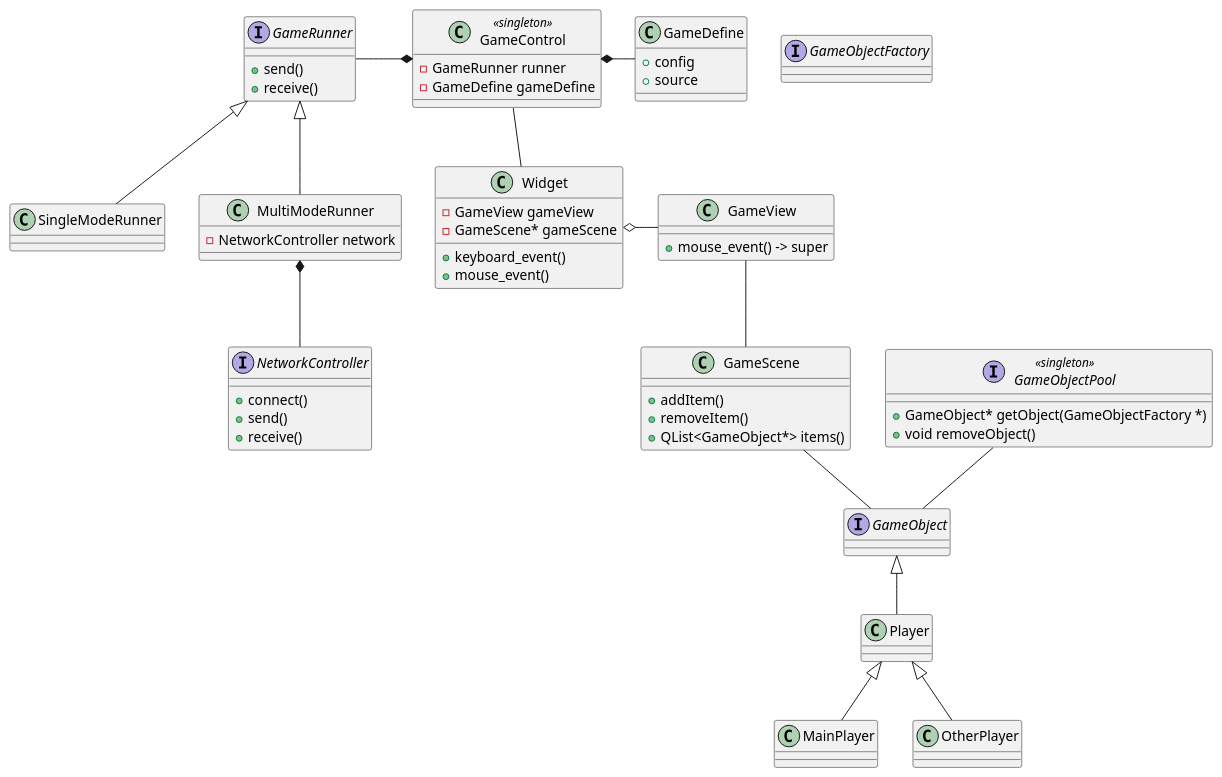
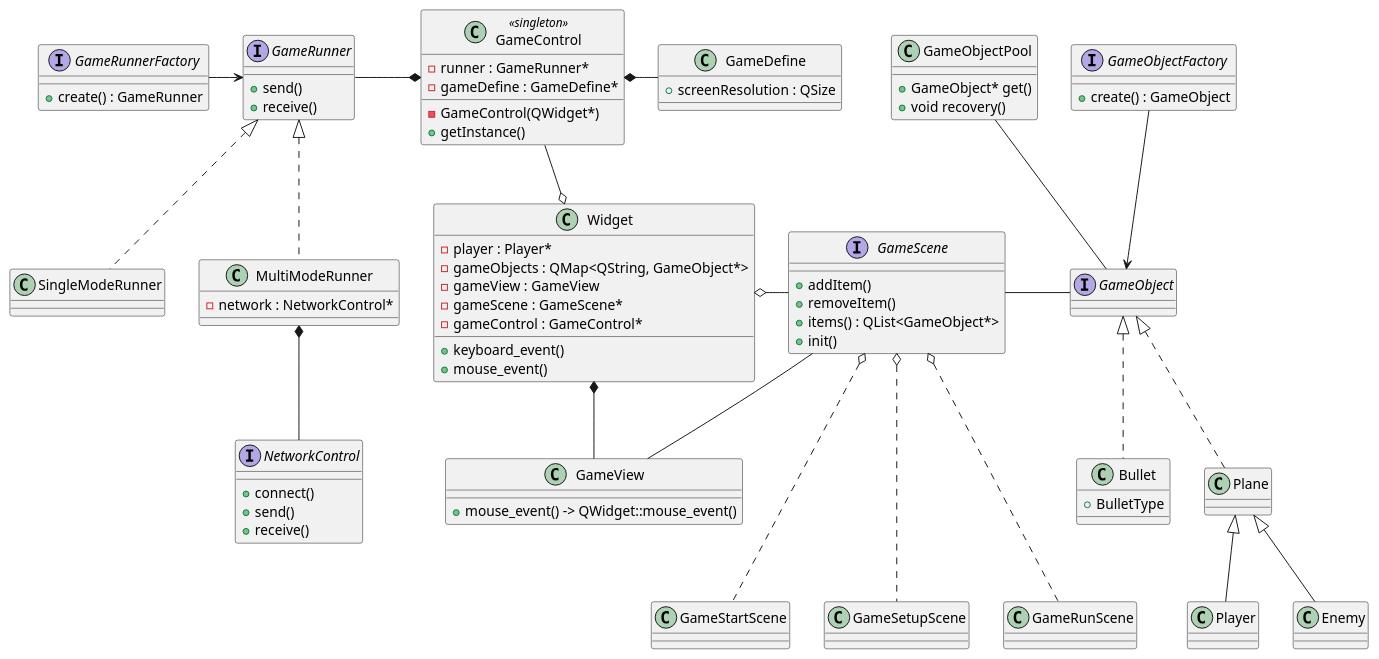
One commit to LongLong208/MyNotes changed the diagram in 项目/草稿.md. Above: the diagram before and after it, drawn with PlantUML. The commit also changed 3 other files, not shown here.

````diff
--- a/项目/草稿.md
+++ b/项目/草稿.md
@@ -9,13 +9,14 @@
 ```puml
 class GameDefine {
-    + config
-    + source
+    + screenResolution : QSize
 }
 
 class GameControl <<singleton>> {
-    - GameRunner runner
-    - GameDefine gameDefine
+    - runner : GameRunner*
+    - gameDefine : GameDefine*
 
+    - GameControl(QWidget*)
+    + getInstance()
 }
 
 interface GameRunner {
@@ -27,83 +28,114 @@
 }
 
 class MultiModeRunner{
-    - NetworkController network
+    - network : NetworkControl*
 
 }
 
-interface NetworkController {
+interface NetworkControl {
     + connect()
     + send()
     + receive()
 }
 
 class Widget {
-    - GameView gameView
-    - GameScene* gameScene
-    
+    - player : Player*
+    - gameObjects : QMap<QString, GameObject*> 
+    - gameView : GameView
+    - gameScene : GameScene*
+    - gameControl : GameControl*
+
     + keyboard_event()
     + mouse_event()
 }
 
 class GameView {
-    + mouse_event() -> super
+    + mouse_event() -> QWidget::mouse_event()
 }
 
-class GameScene {
+interface GameScene {
     + addItem()
     + removeItem()
-    + QList<GameObject*> items()
+    + items() : QList<GameObject*>
+    + init()
 }
 
 interface GameObject {
 
 }
 
+class Bullet {
+    + BulletType
+}
+
+class Plane {
+
+}
 
 class Player {
 
 }
 
-class MainPlayer {
-
-}
-
-class OtherPlayer {
+class Enemy {
 
 }
 
 
-
-interface GameObjectPool <<singleton>> {
-    + GameObject* getObject(GameObjectFactory *)
-    + void removeObject()
+class GameObjectPool {
+    + GameObject* get()
+    + void recovery()
 }
 
-interface GameObjectFactory {
+class GameStartScene {
 
 }
 
+class GameSetupScene {
 
+}
 
-GameControl -- Widget
+class GameRunScene {
+
+}
+
+interface GameRunnerFactory {
+    + create() : GameRunner
+}
+
+interface GameObjectFactory{
+    + create() : GameObject
+}
+
+GameRunnerFactory -> GameRunner
+
+GameControl --o Widget
 
 GameRunner -* GameControl
 GameControl *- GameDefine
 
-GameRunner <|-- MultiModeRunner
-GameRunner <|-- SingleModeRunner
+GameRunner <|.. SingleModeRunner
+GameRunner <|.. MultiModeRunner
 
-MultiModeRunner *-- NetworkController
+MultiModeRunner *-- NetworkControl
 
-GameObject <|-- Player
-Player <|-- MainPlayer
-Player <|-- OtherPlayer
+GameObject <|.. Plane
+Plane <|-- Player
+GameObject <|.. Bullet
 
 
-
-GameScene -- GameObject
-GameView -- GameScene
+GameScene - GameObject
+GameScene -- GameView
+Widget o- GameScene
 GameObjectPool -- GameObject
 
-Widget o- GameView
+Widget *- GameView
+Plane <|-- Enemy
+
+GameScene o... GameStartScene
+GameScene o... GameSetupScene
+GameScene o... GameRunScene
+
+
+GameObjectFactory --> GameObject
+
 ```
````
